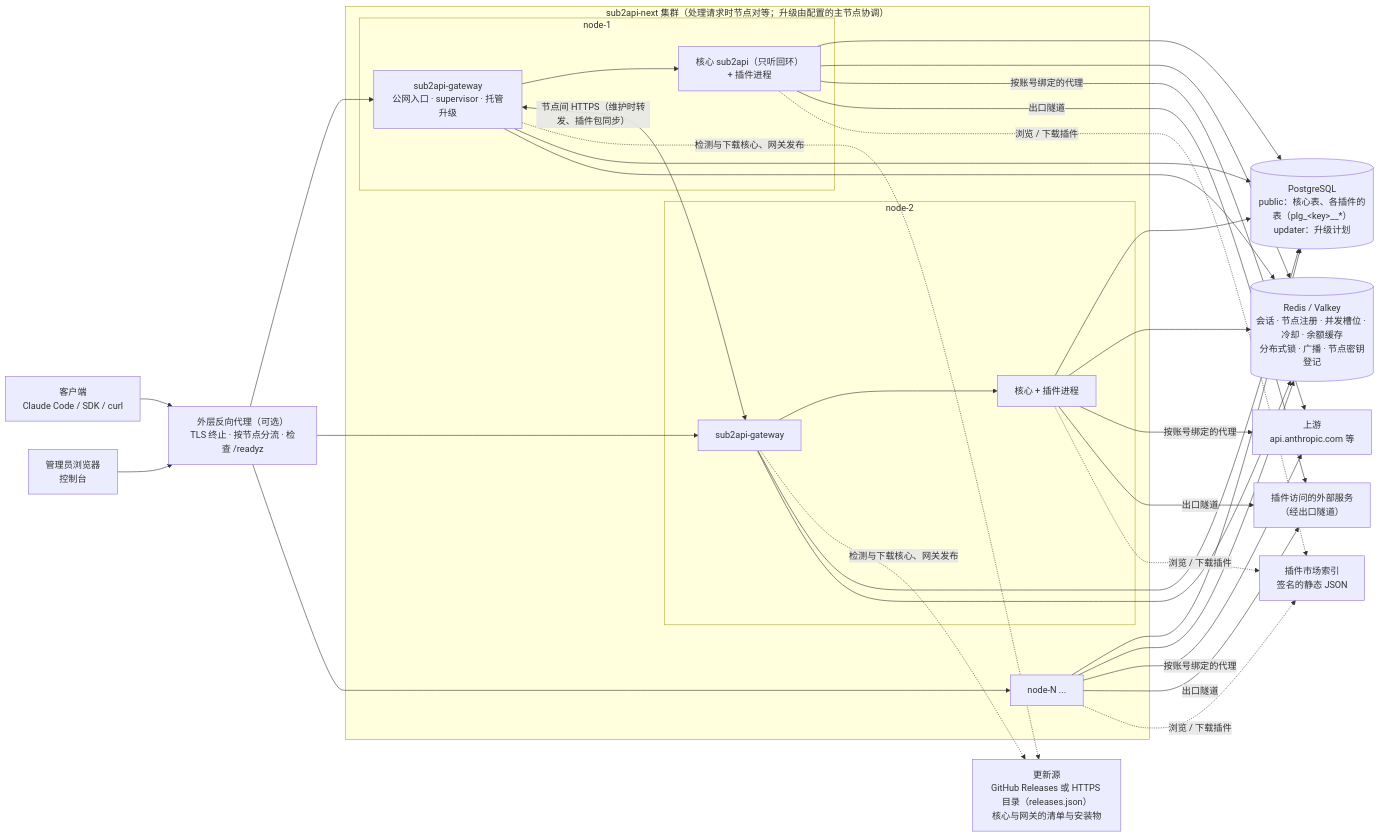
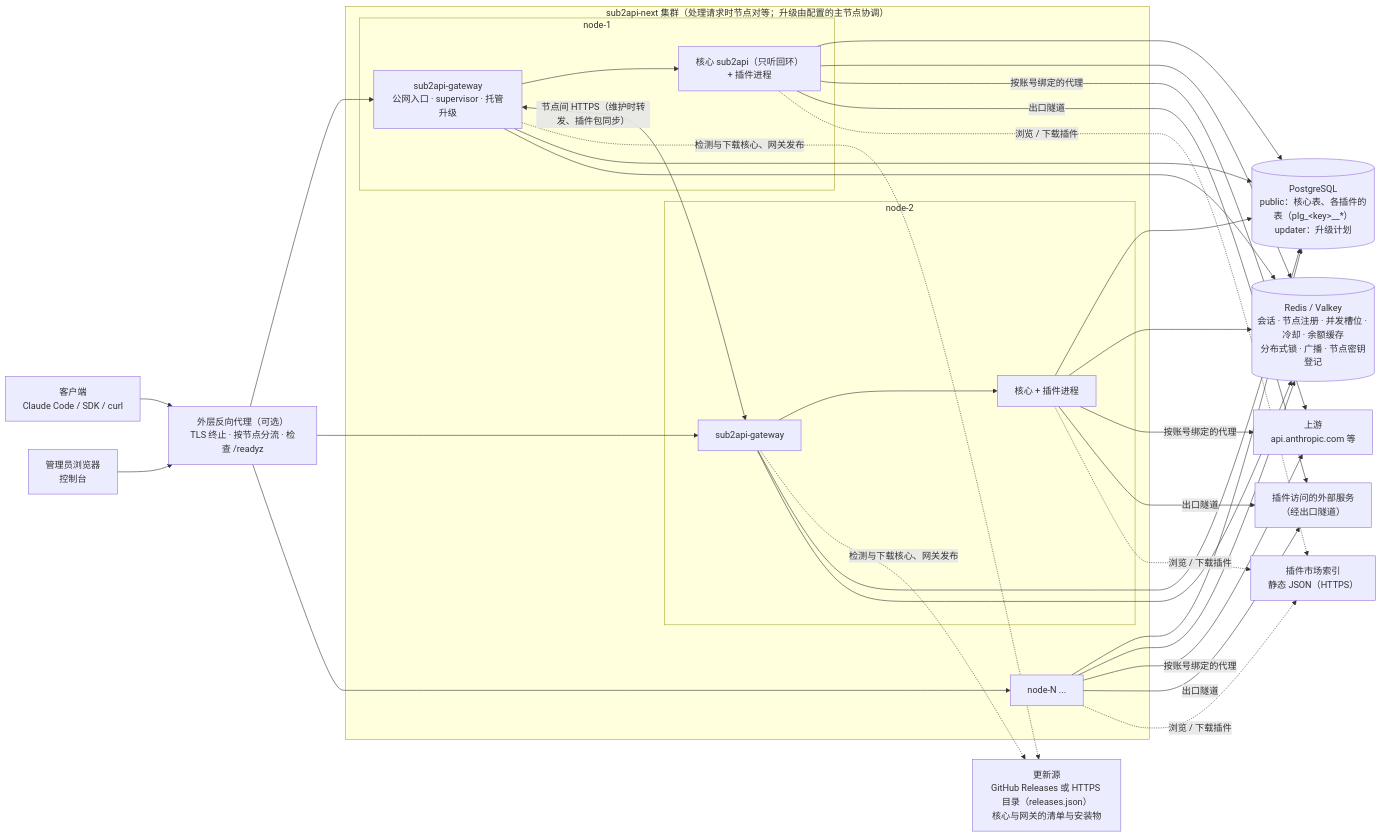
Before and after one commit to touwaeriol/sup2api: the first of 18 diagrams in next/docs/ARCHITECTURE.md, drawn with Mermaid. The commit also changed other lines of this file and 45 other files, not shown here.

````diff
--- a/next/docs/ARCHITECTURE.md
+++ b/next/docs/ARCHITECTURE.md
@@ -71,39 +71,39 @@
 ```mermaid
 flowchart LR
   client["客户端<br/>Claude Code / SDK / curl"]
   admin["管理员浏览器<br/>控制台"]
   rp["外层反向代理（可选）<br/>TLS 终止 · 按节点分流 · 检查 /readyz"]
 
   subgraph cluster["sub2api-next 集群（处理请求时节点对等；升级由配置的主节点协调）"]
     subgraph n1["node-1"]
       g1["sub2api-gateway<br/>公网入口 · supervisor · 托管升级"]
       c1["核心 sub2api（只听回环）<br/>+ 插件进程"]
     end
     subgraph n2["node-2"]
       g2["sub2api-gateway"]
       c2["核心 + 插件进程"]
     end
     nN["node-N ..."]
   end
 
   pg[("PostgreSQL<br/>public：核心表、各插件的表（plg_&lt;key&gt;__*）<br/>updater：升级计划")]
   redis[("Redis / Valkey<br/>会话 · 节点注册 · 并发槽位 · 冷却 · 余额缓存<br/>分布式锁 · 广播 · 节点密钥登记")]
   rel["更新源<br/>GitHub Releases 或 HTTPS 目录（releases.json）<br/>核心与网关的清单与安装物"]
-  market["插件市场索引<br/>签名的静态 JSON"]
+  market["插件市场索引<br/>静态 JSON（HTTPS）"]
   up["上游<br/>api.anthropic.com 等"]
   ext["插件访问的外部服务<br/>（经出口隧道）"]
 
   client --> rp
   admin --> rp
   rp --> g1 & g2 & nN
   g1 --> c1
   g2 --> c2
   g1 <-->|"节点间 HTTPS（维护时转发、插件包同步）"| g2
   g1 & g2 -.->|"检测与下载核心、网关发布"| rel
   c1 & c2 & nN --> pg
   c1 & c2 & nN --> redis
   g1 & g2 --> pg & redis
   c1 & c2 & nN -->|"按账号绑定的代理"| up
   c1 & c2 & nN -->|"出口隧道"| ext
   c1 & c2 & nN -.->|"浏览 / 下载插件"| market
 ```
````
